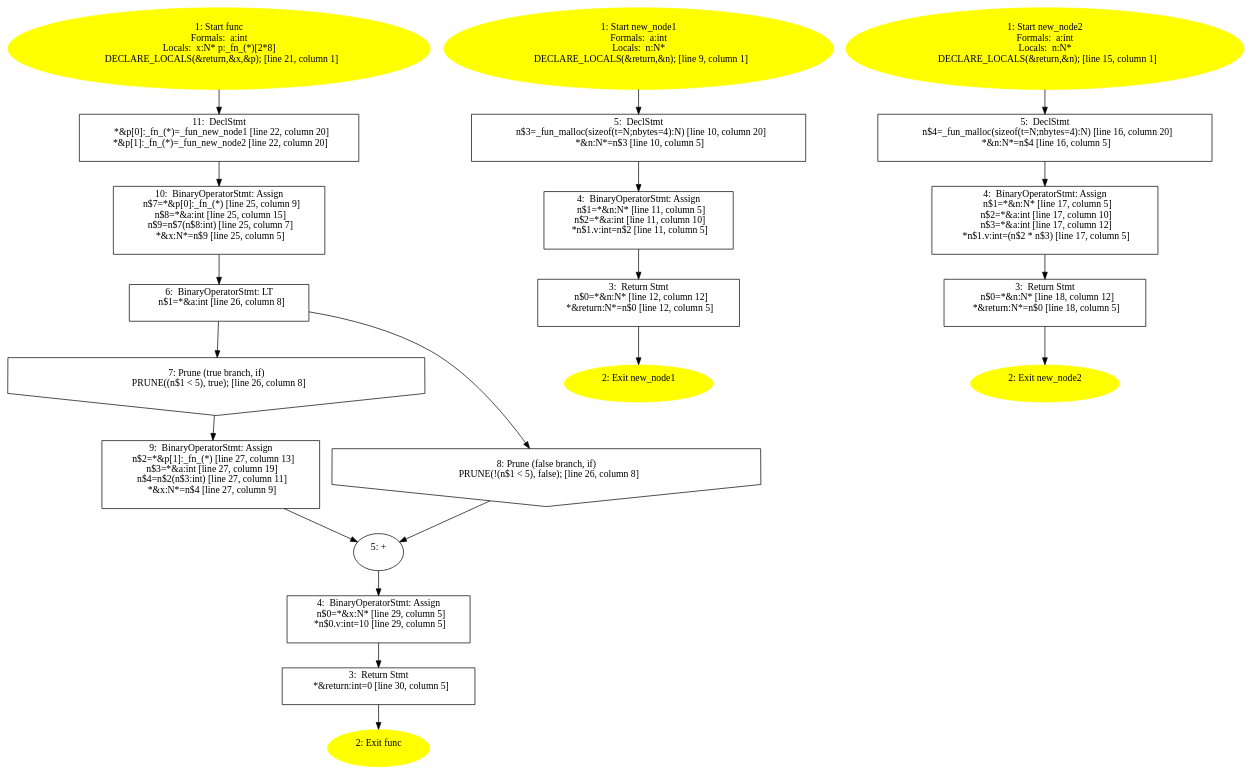
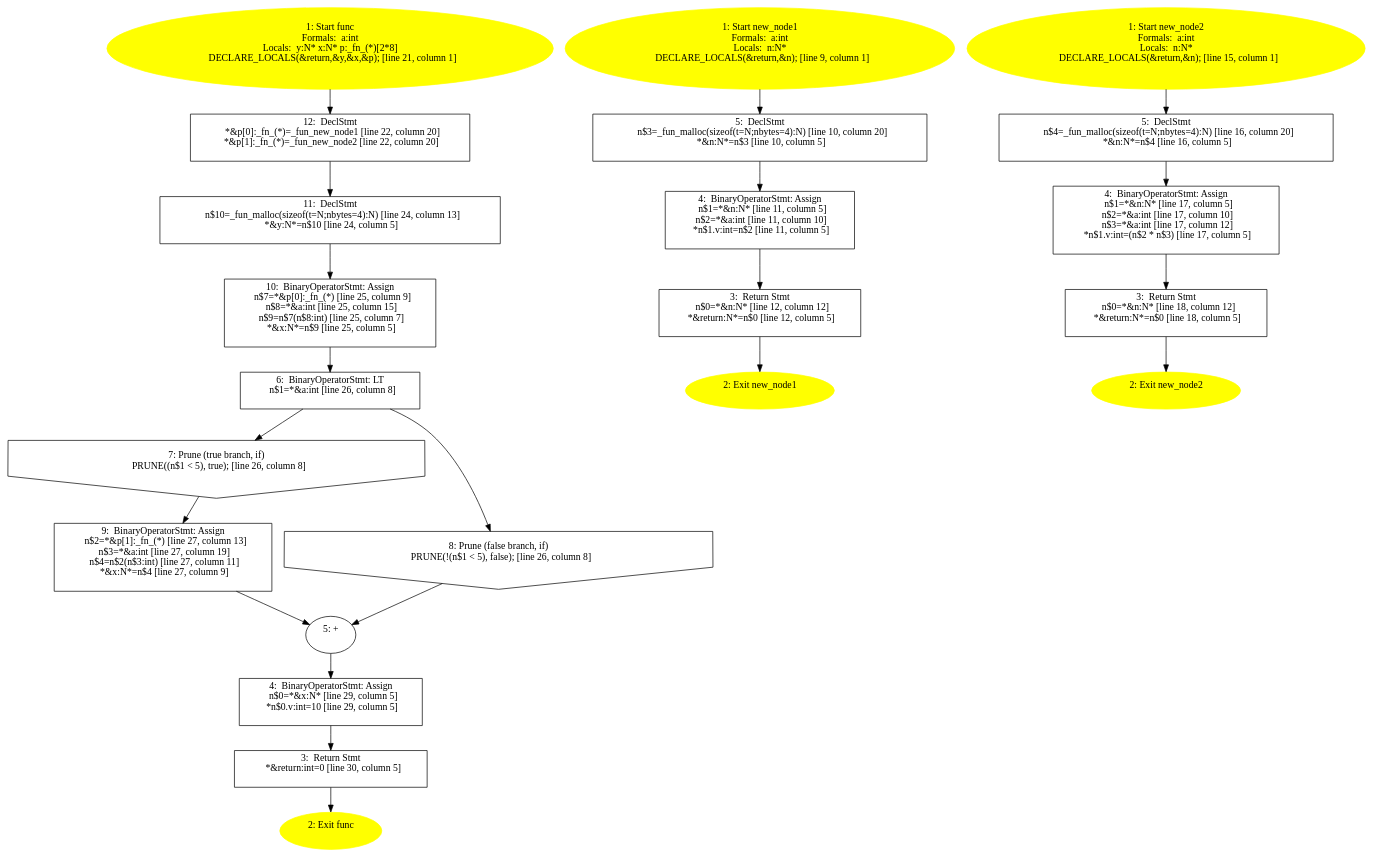
One commit to QIANZECHANG/MyResearch changed the diagram in synthesis_program/test9/infer-out/captured/infer.c.a09d2ebaccee92b3d3a91f3dbe3284ad/icfg.dot. Above: the diagram before and after it, drawn with Graphviz. The commit also changed 88 other files, not shown here.

```diff
--- a/synthesis_program/test9/infer-out/captured/infer.c.a09d2ebaccee92b3d3a91f3dbe3284ad/icfg.dot
+++ b/synthesis_program/test9/infer-out/captured/infer.c.a09d2ebaccee92b3d3a91f3dbe3284ad/icfg.dot
@@ -1,85 +1,89 @@
 /* @generated */
 digraph cfg {
-"func.7df4935f4a5a2865191ef74f64df8754_1" [label="1: Start func\nFormals:  a:int\nLocals:  x:N* p:_fn_(*)[2*8] \n   DECLARE_LOCALS(&return,&x,&p); [line 21, column 1]\n " color=yellow style=filled]
+"func.7df4935f4a5a2865191ef74f64df8754_1" [label="1: Start func\nFormals:  a:int\nLocals:  y:N* x:N* p:_fn_(*)[2*8] \n   DECLARE_LOCALS(&return,&y,&x,&p); [line 21, column 1]\n " color=yellow style=filled]
 	
 
-	 "func.7df4935f4a5a2865191ef74f64df8754_1" -> "func.7df4935f4a5a2865191ef74f64df8754_11" ;
+	 "func.7df4935f4a5a2865191ef74f64df8754_1" -> "func.7df4935f4a5a2865191ef74f64df8754_12" ;
 "func.7df4935f4a5a2865191ef74f64df8754_2" [label="2: Exit func \n  " color=yellow style=filled]
 	
 
 "func.7df4935f4a5a2865191ef74f64df8754_3" [label="3:  Return Stmt \n   *&return:int=0 [line 30, column 5]\n " shape="box"]
 	
 
 	 "func.7df4935f4a5a2865191ef74f64df8754_3" -> "func.7df4935f4a5a2865191ef74f64df8754_2" ;
 "func.7df4935f4a5a2865191ef74f64df8754_4" [label="4:  BinaryOperatorStmt: Assign \n   n$0=*&x:N* [line 29, column 5]\n  *n$0.v:int=10 [line 29, column 5]\n " shape="box"]
 	
 
 	 "func.7df4935f4a5a2865191ef74f64df8754_4" -> "func.7df4935f4a5a2865191ef74f64df8754_3" ;
 "func.7df4935f4a5a2865191ef74f64df8754_5" [label="5: + \n  " ]
 	
 
 	 "func.7df4935f4a5a2865191ef74f64df8754_5" -> "func.7df4935f4a5a2865191ef74f64df8754_4" ;
 "func.7df4935f4a5a2865191ef74f64df8754_6" [label="6:  BinaryOperatorStmt: LT \n   n$1=*&a:int [line 26, column 8]\n " shape="box"]
 	
 
 	 "func.7df4935f4a5a2865191ef74f64df8754_6" -> "func.7df4935f4a5a2865191ef74f64df8754_7" ;
 	 "func.7df4935f4a5a2865191ef74f64df8754_6" -> "func.7df4935f4a5a2865191ef74f64df8754_8" ;
 "func.7df4935f4a5a2865191ef74f64df8754_7" [label="7: Prune (true branch, if) \n   PRUNE((n$1 < 5), true); [line 26, column 8]\n " shape="invhouse"]
 	
 
 	 "func.7df4935f4a5a2865191ef74f64df8754_7" -> "func.7df4935f4a5a2865191ef74f64df8754_9" ;
 "func.7df4935f4a5a2865191ef74f64df8754_8" [label="8: Prune (false branch, if) \n   PRUNE(!(n$1 < 5), false); [line 26, column 8]\n " shape="invhouse"]
 	
 
 	 "func.7df4935f4a5a2865191ef74f64df8754_8" -> "func.7df4935f4a5a2865191ef74f64df8754_5" ;
 "func.7df4935f4a5a2865191ef74f64df8754_9" [label="9:  BinaryOperatorStmt: Assign \n   n$2=*&p[1]:_fn_(*) [line 27, column 13]\n  n$3=*&a:int [line 27, column 19]\n  n$4=n$2(n$3:int) [line 27, column 11]\n  *&x:N*=n$4 [line 27, column 9]\n " shape="box"]
 	
 
 	 "func.7df4935f4a5a2865191ef74f64df8754_9" -> "func.7df4935f4a5a2865191ef74f64df8754_5" ;
 "func.7df4935f4a5a2865191ef74f64df8754_10" [label="10:  BinaryOperatorStmt: Assign \n   n$7=*&p[0]:_fn_(*) [line 25, column 9]\n  n$8=*&a:int [line 25, column 15]\n  n$9=n$7(n$8:int) [line 25, column 7]\n  *&x:N*=n$9 [line 25, column 5]\n " shape="box"]
 	
 
 	 "func.7df4935f4a5a2865191ef74f64df8754_10" -> "func.7df4935f4a5a2865191ef74f64df8754_6" ;
-"func.7df4935f4a5a2865191ef74f64df8754_11" [label="11:  DeclStmt \n   *&p[0]:_fn_(*)=_fun_new_node1 [line 22, column 20]\n  *&p[1]:_fn_(*)=_fun_new_node2 [line 22, column 20]\n " shape="box"]
+"func.7df4935f4a5a2865191ef74f64df8754_11" [label="11:  DeclStmt \n   n$10=_fun_malloc(sizeof(t=N;nbytes=4):N) [line 24, column 13]\n  *&y:N*=n$10 [line 24, column 5]\n " shape="box"]
 	
 
 	 "func.7df4935f4a5a2865191ef74f64df8754_11" -> "func.7df4935f4a5a2865191ef74f64df8754_10" ;
+"func.7df4935f4a5a2865191ef74f64df8754_12" [label="12:  DeclStmt \n   *&p[0]:_fn_(*)=_fun_new_node1 [line 22, column 20]\n  *&p[1]:_fn_(*)=_fun_new_node2 [line 22, column 20]\n " shape="box"]
+	
+
+	 "func.7df4935f4a5a2865191ef74f64df8754_12" -> "func.7df4935f4a5a2865191ef74f64df8754_11" ;
 "new_node1.a60591cbdd2e29d4b2bce05b70bee79d_1" [label="1: Start new_node1\nFormals:  a:int\nLocals:  n:N* \n   DECLARE_LOCALS(&return,&n); [line 9, column 1]\n " color=yellow style=filled]
 	
 
 	 "new_node1.a60591cbdd2e29d4b2bce05b70bee79d_1" -> "new_node1.a60591cbdd2e29d4b2bce05b70bee79d_5" ;
 "new_node1.a60591cbdd2e29d4b2bce05b70bee79d_2" [label="2: Exit new_node1 \n  " color=yellow style=filled]
 	
 
 "new_node1.a60591cbdd2e29d4b2bce05b70bee79d_3" [label="3:  Return Stmt \n   n$0=*&n:N* [line 12, column 12]\n  *&return:N*=n$0 [line 12, column 5]\n " shape="box"]
 	
 
 	 "new_node1.a60591cbdd2e29d4b2bce05b70bee79d_3" -> "new_node1.a60591cbdd2e29d4b2bce05b70bee79d_2" ;
 "new_node1.a60591cbdd2e29d4b2bce05b70bee79d_4" [label="4:  BinaryOperatorStmt: Assign \n   n$1=*&n:N* [line 11, column 5]\n  n$2=*&a:int [line 11, column 10]\n  *n$1.v:int=n$2 [line 11, column 5]\n " shape="box"]
 	
 
 	 "new_node1.a60591cbdd2e29d4b2bce05b70bee79d_4" -> "new_node1.a60591cbdd2e29d4b2bce05b70bee79d_3" ;
 "new_node1.a60591cbdd2e29d4b2bce05b70bee79d_5" [label="5:  DeclStmt \n   n$3=_fun_malloc(sizeof(t=N;nbytes=4):N) [line 10, column 20]\n  *&n:N*=n$3 [line 10, column 5]\n " shape="box"]
 	
 
 	 "new_node1.a60591cbdd2e29d4b2bce05b70bee79d_5" -> "new_node1.a60591cbdd2e29d4b2bce05b70bee79d_4" ;
 "new_node2.aebb341ea35d097d43ee08a5e4607daa_1" [label="1: Start new_node2\nFormals:  a:int\nLocals:  n:N* \n   DECLARE_LOCALS(&return,&n); [line 15, column 1]\n " color=yellow style=filled]
 	
 
 	 "new_node2.aebb341ea35d097d43ee08a5e4607daa_1" -> "new_node2.aebb341ea35d097d43ee08a5e4607daa_5" ;
 "new_node2.aebb341ea35d097d43ee08a5e4607daa_2" [label="2: Exit new_node2 \n  " color=yellow style=filled]
 	
 
 "new_node2.aebb341ea35d097d43ee08a5e4607daa_3" [label="3:  Return Stmt \n   n$0=*&n:N* [line 18, column 12]\n  *&return:N*=n$0 [line 18, column 5]\n " shape="box"]
 	
 
 	 "new_node2.aebb341ea35d097d43ee08a5e4607daa_3" -> "new_node2.aebb341ea35d097d43ee08a5e4607daa_2" ;
 "new_node2.aebb341ea35d097d43ee08a5e4607daa_4" [label="4:  BinaryOperatorStmt: Assign \n   n$1=*&n:N* [line 17, column 5]\n  n$2=*&a:int [line 17, column 10]\n  n$3=*&a:int [line 17, column 12]\n  *n$1.v:int=(n$2 * n$3) [line 17, column 5]\n " shape="box"]
 	
 
 	 "new_node2.aebb341ea35d097d43ee08a5e4607daa_4" -> "new_node2.aebb341ea35d097d43ee08a5e4607daa_3" ;
 "new_node2.aebb341ea35d097d43ee08a5e4607daa_5" [label="5:  DeclStmt \n   n$4=_fun_malloc(sizeof(t=N;nbytes=4):N) [line 16, column 20]\n  *&n:N*=n$4 [line 16, column 5]\n " shape="box"]
 	
 
 	 "new_node2.aebb341ea35d097d43ee08a5e4607daa_5" -> "new_node2.aebb341ea35d097d43ee08a5e4607daa_4" ;
 }
```
